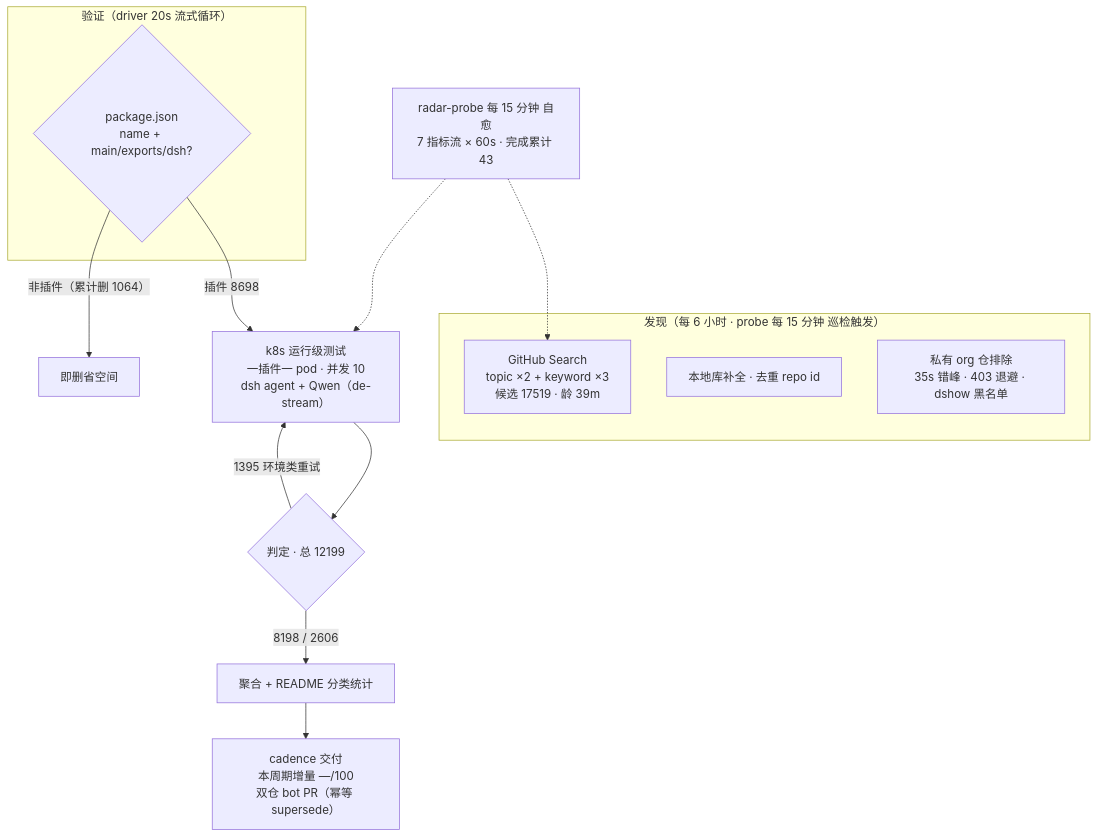
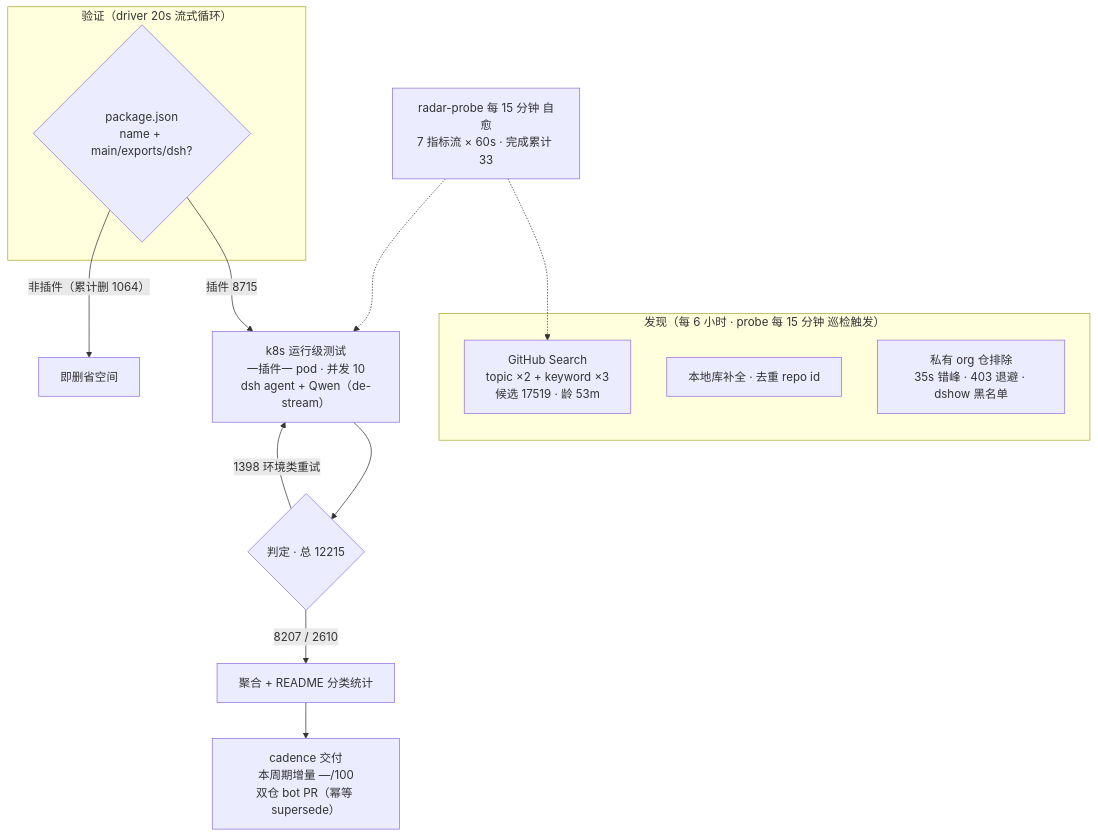
One commit to Zhidao-Lab-OSS/awesome-dsh-plugins changed the diagram in README.md. Above: the diagram before and after it, drawn with Mermaid. The commit also changed other lines of this file and 1 other file, not shown here.

````diff
--- a/README.md
+++ b/README.md
@@ -52,20 +52,20 @@
 ```mermaid
 flowchart TB
     subgraph Discovery["发现（每 6 小时 · probe 每 15 分钟 巡检触发）"]
-        A1["GitHub Search<br/>topic ×2 + keyword ×3<br/>候选 17519 · 龄 39m"]
+        A1["GitHub Search<br/>topic ×2 + keyword ×3<br/>候选 17519 · 龄 53m"]
         A2["本地库补全 · 去重 repo id"]
         A3["私有 org 仓排除<br/>35s 错峰 · 403 退避 · dshow 黑名单"]
     end
     subgraph Validation["验证（driver 20s 流式循环）"]
         B1{"package.json<br/>name + main/exports/dsh?"}
     end
-    B1 -->|"插件 8698"| C1["k8s 运行级测试<br/>一插件一 pod · 并发 10<br/>dsh agent + Qwen（de-stream）"]
+    B1 -->|"插件 8715"| C1["k8s 运行级测试<br/>一插件一 pod · 并发 10<br/>dsh agent + Qwen（de-stream）"]
     B1 -->|"非插件（累计删 1064）"| B3["即删省空间"]
-    C1 --> D1{"判定 · 总 12199"}
-    D1 -->|"8198 / 2606"| E1["聚合 + README 分类统计"]
-    D1 -->|"1395 环境类重试"| C1
+    C1 --> D1{"判定 · 总 12215"}
+    D1 -->|"8207 / 2610"| E1["聚合 + README 分类统计"]
+    D1 -->|"1398 环境类重试"| C1
     E1 --> E2["cadence 交付<br/>本周期增量 —/100<br/>双仓 bot PR（幂等 supersede）"]
-    M["radar-probe 每 15 分钟 自愈<br/>7 指标流 × 60s · 完成累计 43"]
+    M["radar-probe 每 15 分钟 自愈<br/>7 指标流 × 60s · 完成累计 33"]
     M -.-> A1
     M -.-> C1
 ```
````
